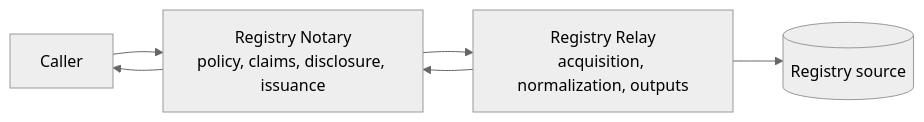
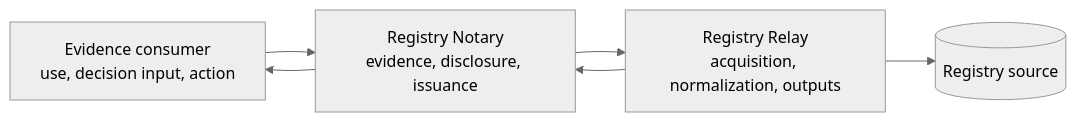
One commit to registrystack/registry-stack changed the diagram in products/notary/docs/architecture-overview.md. Above: the diagram before and after it, drawn with Mermaid (neutral theme). The commit also changed other lines of this file and 142 other files, not shown here.

````diff
--- a/products/notary/docs/architecture-overview.md
+++ b/products/notary/docs/architecture-overview.md
@@ -36,8 +39,8 @@
 ```mermaid
 flowchart LR
-  Caller[Caller] --> Notary[Registry Notary<br/>policy, claims, disclosure, issuance]
+  Consumer[Evidence consumer<br/>use, decision input, action] --> Notary[Registry Notary<br/>evidence, disclosure, issuance]
   Notary --> Relay[Registry Relay<br/>acquisition, normalization, outputs]
   Relay --> Source[(Registry source)]
   Relay --> Notary
-  Notary --> Caller
+  Notary --> Consumer
 ```
````
